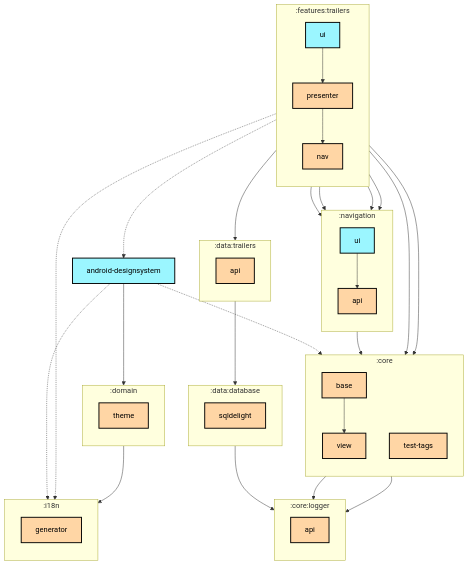
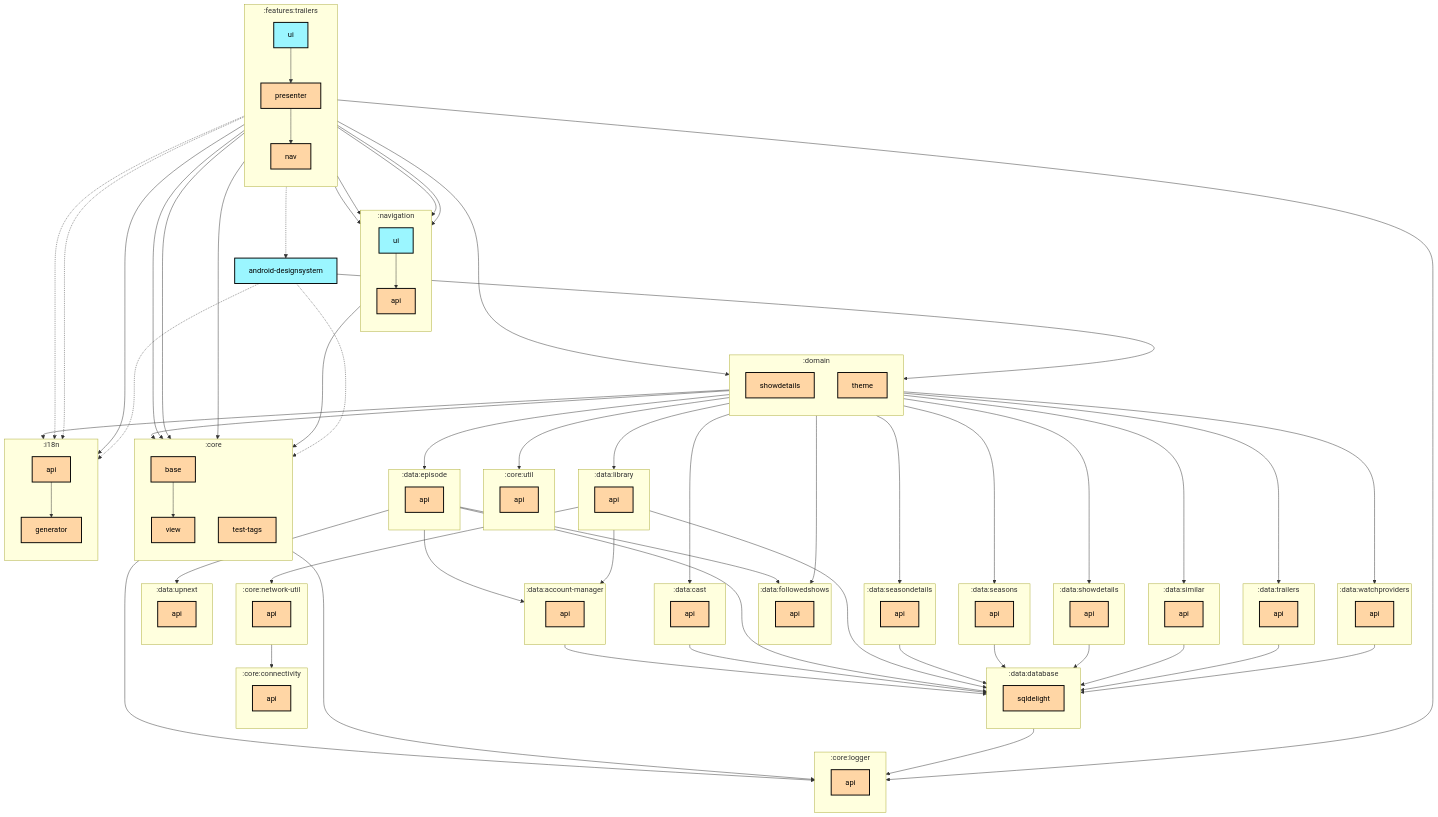
Before and after one commit to thomaskioko/tv-maniac: the first of 2 diagrams in features/trailers/ui/README.md, drawn with Mermaid. The commit also changed 8 other files, not shown here.

Commit message:
Load trailers through interactors in the trailers presenter

```diff
--- a/features/trailers/ui/README.md
+++ b/features/trailers/ui/README.md
@@ -12,20 +12,77 @@
     :core:test-tags[test-tags]:::multiplatform
     :core:view[view]:::multiplatform
   end
+  subgraph :core:connectivity
+    direction TB
+    :core:connectivity:api[api]:::multiplatform
+  end
   subgraph :core:logger
     direction TB
     :core:logger:api[api]:::multiplatform
+  end
+  subgraph :core:network-util
+    direction TB
+    :core:network-util:api[api]:::multiplatform
+  end
+  subgraph :core:util
+    direction TB
+    :core:util:api[api]:::multiplatform
+  end
+  subgraph :data:account-manager
+    direction TB
+    :data:account-manager:api[api]:::multiplatform
+  end
+  subgraph :data:cast
+    direction TB
+    :data:cast:api[api]:::multiplatform
   end
   subgraph :data:database
     direction TB
     :data:database:sqldelight[sqldelight]:::multiplatform
   end
+  subgraph :data:episode
+    direction TB
+    :data:episode:api[api]:::multiplatform
+  end
+  subgraph :data:followedshows
+    direction TB
+    :data:followedshows:api[api]:::multiplatform
+  end
+  subgraph :data:library
+    direction TB
+    :data:library:api[api]:::multiplatform
+  end
+  subgraph :data:seasondetails
+    direction TB
+    :data:seasondetails:api[api]:::multiplatform
+  end
+  subgraph :data:seasons
+    direction TB
+    :data:seasons:api[api]:::multiplatform
+  end
+  subgraph :data:showdetails
+    direction TB
+    :data:showdetails:api[api]:::multiplatform
+  end
+  subgraph :data:similar
+    direction TB
+    :data:similar:api[api]:::multiplatform
+  end
   subgraph :data:trailers
     direction TB
     :data:trailers:api[api]:::multiplatform
   end
+  subgraph :data:upnext
+    direction TB
+    :data:upnext:api[api]:::multiplatform
+  end
+  subgraph :data:watchproviders
+    direction TB
+    :data:watchproviders:api[api]:::multiplatform
+  end
   subgraph :domain
     direction TB
+    :domain:showdetails[showdetails]:::multiplatform
     :domain:theme[theme]:::multiplatform
   end
   subgraph :features:trailers
@@ -36,6 +93,7 @@
   end
   subgraph :i18n
     direction TB
+    :i18n:api[api]:::multiplatform
     :i18n:generator[generator]:::multiplatform
   end
   subgraph :navigation
@@ -49,14 +107,45 @@
   :android-designsystem -.-> :i18n:generator
   :core:base --> :core:logger:api
   :core:base --> :core:view
+  :core:network-util:api --> :core:connectivity:api
   :core:view --> :core:logger:api
+  :data:account-manager:api --> :data:database:sqldelight
+  :data:cast:api --> :data:database:sqldelight
   :data:database:sqldelight --> :core:logger:api
+  :data:episode:api --> :data:account-manager:api
+  :data:episode:api --> :data:database:sqldelight
+  :data:episode:api --> :data:followedshows:api
+  :data:episode:api --> :data:upnext:api
+  :data:library:api --> :core:network-util:api
+  :data:library:api --> :data:account-manager:api
+  :data:library:api --> :data:database:sqldelight
+  :data:seasondetails:api --> :data:database:sqldelight
+  :data:seasons:api --> :data:database:sqldelight
+  :data:showdetails:api --> :data:database:sqldelight
+  :data:similar:api --> :data:database:sqldelight
   :data:trailers:api --> :data:database:sqldelight
+  :data:watchproviders:api --> :data:database:sqldelight
+  :domain:showdetails --> :core:base
+  :domain:showdetails --> :core:util:api
+  :domain:showdetails --> :data:cast:api
+  :domain:showdetails --> :data:episode:api
+  :domain:showdetails --> :data:followedshows:api
+  :domain:showdetails --> :data:library:api
+  :domain:showdetails --> :data:seasondetails:api
+  :domain:showdetails --> :data:seasons:api
+  :domain:showdetails --> :data:showdetails:api
+  :domain:showdetails --> :data:similar:api
+  :domain:showdetails --> :data:trailers:api
+  :domain:showdetails --> :data:watchproviders:api
   :domain:theme --> :i18n:generator
   :features:trailers:nav --> :navigation:api
   :features:trailers:presenter --> :core:base
-  :features:trailers:presenter --> :data:trailers:api
+  :features:trailers:presenter --> :core:logger:api
+  :features:trailers:presenter --> :core:view
+  :features:trailers:presenter --> :domain:showdetails
   :features:trailers:presenter --> :features:trailers:nav
+  :features:trailers:presenter --> :i18n:api
+  :features:trailers:presenter -.-> :i18n:generator
   :features:trailers:presenter --> :navigation:api
   :features:trailers:ui -.-> :android-designsystem
   :features:trailers:ui --> :core:base
@@ -64,6 +153,7 @@
   :features:trailers:ui -.-> :i18n:generator
   :features:trailers:ui --> :navigation:api
   :features:trailers:ui --> :navigation:ui
+  :i18n:api --> :i18n:generator
   :navigation:ui --> :core:base
   :navigation:ui --> :navigation:api
 
```
